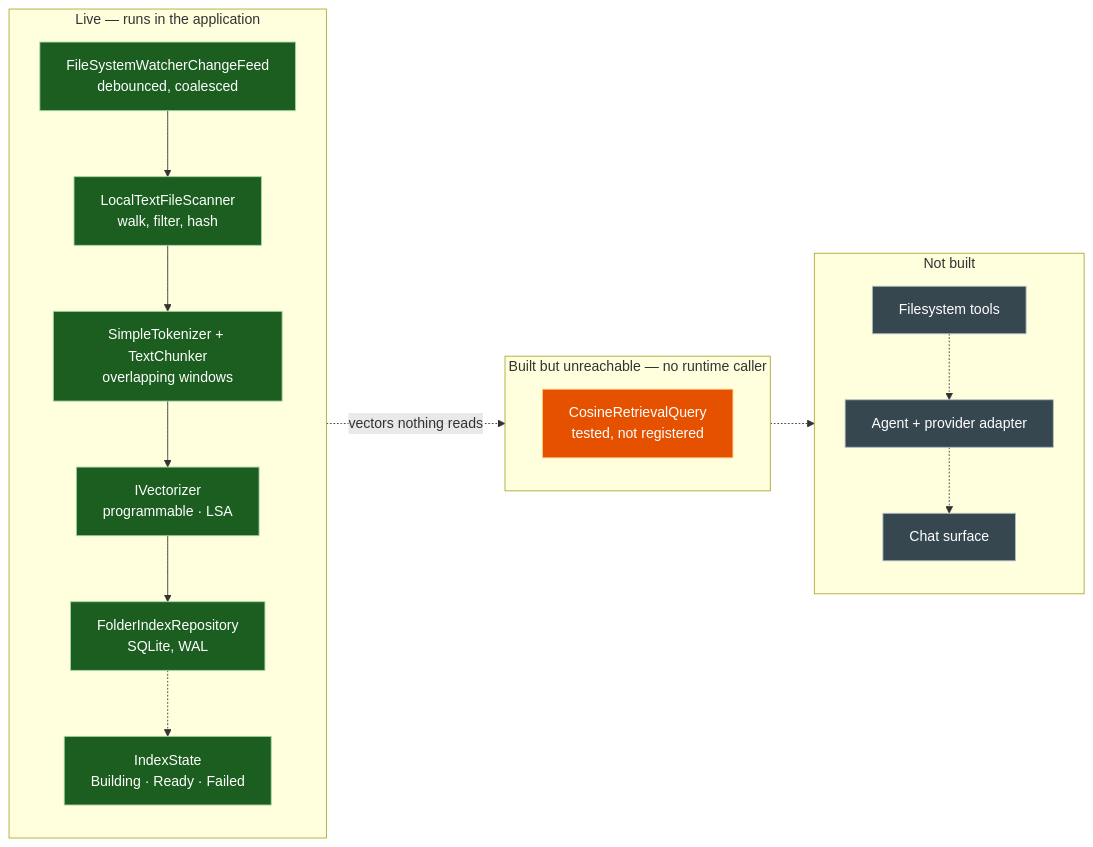
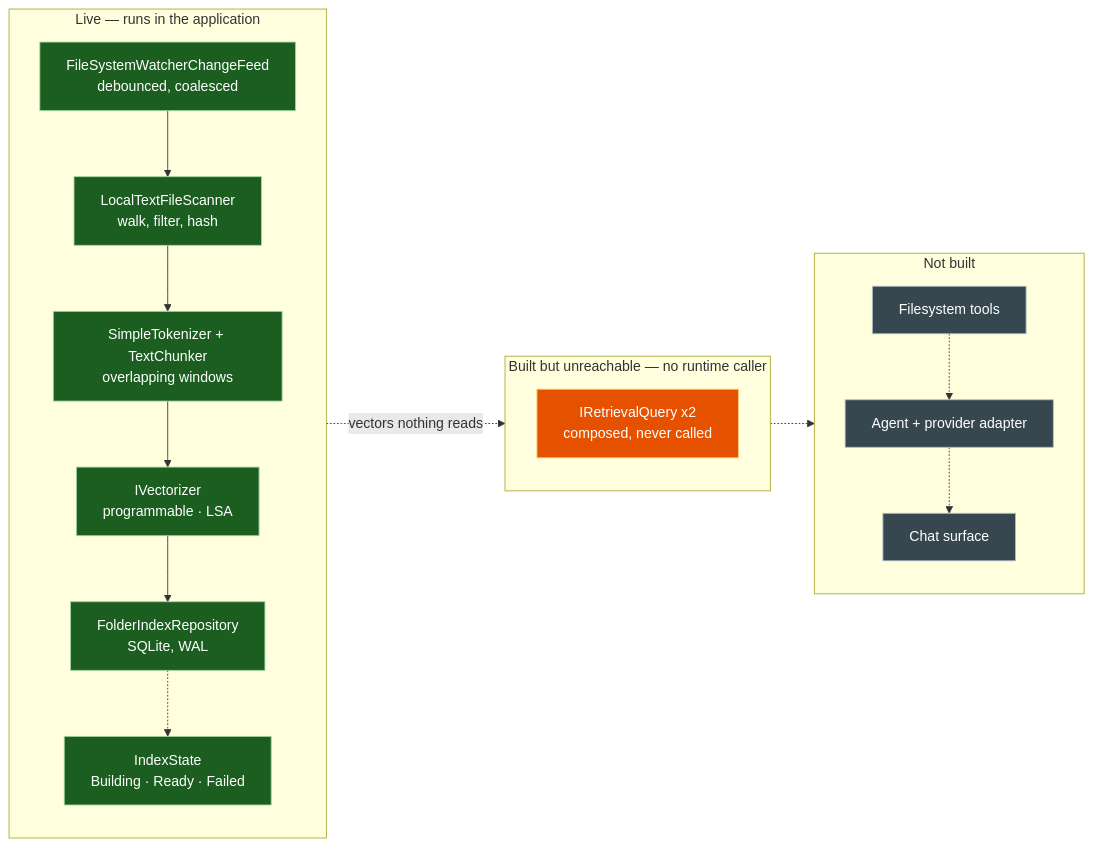
Before and after one commit to Gazizova-Olga/Folder_Assistant-local_semantic_search: the diagram in docs/diagrams/implementation-status.md, drawn with Mermaid. The commit also changed other lines of this file and 6 other files, not shown here.

````diff
--- a/docs/diagrams/implementation-status.md
+++ b/docs/diagrams/implementation-status.md
@@ -10,38 +10,38 @@
 ```mermaid
 flowchart LR
     subgraph live["Live — runs in the application"]
         direction TB
         scan["LocalTextFileScanner<br/>walk, filter, hash"]
         chunk["SimpleTokenizer + TextChunker<br/>overlapping windows"]
         embed["IVectorizer<br/>programmable · LSA"]
         store["FolderIndexRepository<br/>SQLite, WAL"]
         watch["FileSystemWatcherChangeFeed<br/>debounced, coalesced"]
         state["IndexState<br/>Building · Ready · Failed"]
     end
 
     subgraph built["Built but unreachable — no runtime caller"]
         direction TB
-        query["CosineRetrievalQuery<br/>tested, not registered"]
+        query["IRetrievalQuery x2<br/>composed, never called"]
     end
 
     subgraph notbuilt["Not built"]
         direction TB
         tools["Filesystem tools"]
         agent["Agent + provider adapter"]
         chatui["Chat surface"]
     end
 
     scan --> chunk --> embed --> store
     watch --> scan
     store -.-> state
     store -.->|"vectors nothing reads"| query
     query -.-> tools -.-> agent -.-> chatui
 
     classDef liveCls fill:#1b5e20,stroke:#a5d6a7,color:#ffffff
     classDef builtCls fill:#e65100,stroke:#ffcc80,color:#ffffff
     classDef gapCls fill:#37474f,stroke:#b0bec5,color:#ffffff
 
     class scan,chunk,embed,store,watch,state liveCls
     class query builtCls
     class tools,agent,chatui gapCls
 ```
````
